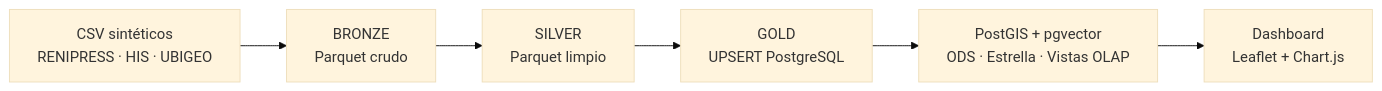
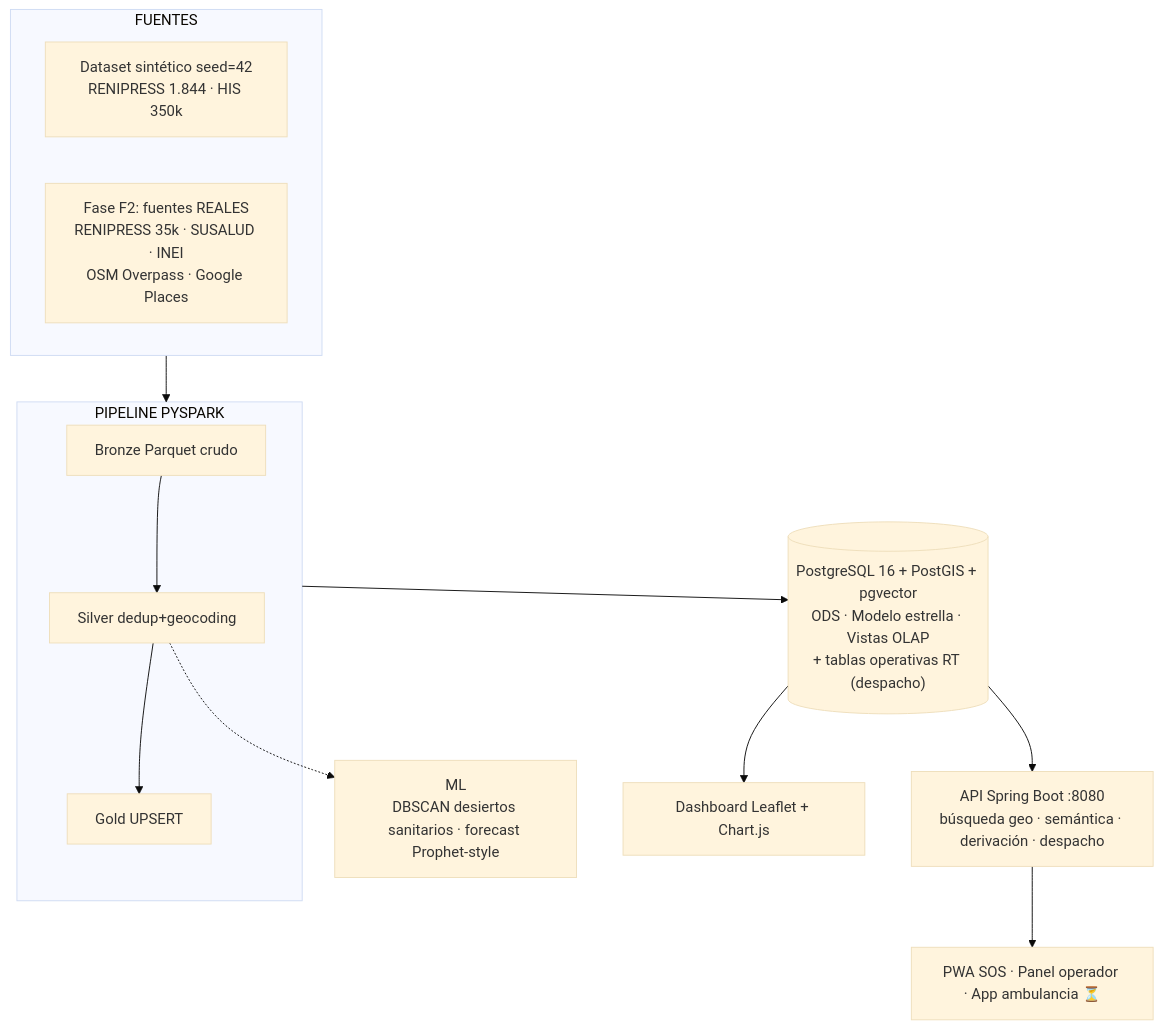
One commit to Lobitoxxx/SaludCerca changed the second of 2 diagrams in README.md. Above: the diagram before and after it, drawn with Mermaid (base theme). The commit also changed other lines of this file and 26 other files, not shown here.

````diff
--- a/README.md
+++ b/README.md
@@ -10,8 +34,21 @@
 ```mermaid
-flowchart LR
-    FUENTES["CSV sintéticos<br/>RENIPRESS · HIS · UBIGEO"] --> BRONZE["BRONZE<br/>Parquet crudo"]
-    BRONZE --> SILVER["SILVER<br/>Parquet limpio"]
-    SILVER --> GOLD["GOLD<br/>UPSERT PostgreSQL"]
-    GOLD --> PG["PostGIS + pgvector<br/>ODS · Estrella · Vistas OLAP"]
-    PG --> DASH["Dashboard<br/>Leaflet + Chart.js"]
+flowchart TB
+    subgraph FUENTES["FUENTES"]
+        direction LR
+        SIN["Dataset sintético seed=42<br/>RENIPRESS 1.844 · HIS 350k"]
+        REAL["Fase F2: fuentes REALES<br/>RENIPRESS 35k · SUSALUD · INEI<br/>OSM Overpass · Google Places"]
+    end
+    subgraph MEDALLON["PIPELINE PYSPARK"]
+        B[Bronze Parquet crudo] --> S[Silver dedup+geocoding] --> G[Gold UPSERT]
+    end
+    PG[("PostgreSQL 16 + PostGIS + pgvector<br/>ODS · Modelo estrella · Vistas OLAP<br/>+ tablas operativas RT (despacho)")]
+    API["API Spring Boot :8080<br/>búsqueda geo · semántica · derivación · despacho"]
+    ML["ML<br/>DBSCAN desiertos sanitarios · forecast Prophet-style"]
+    DASH["Dashboard Leaflet + Chart.js"]
+    PWA["PWA SOS · Panel operador · App ambulancia ⏳"]
+
+    FUENTES --> MEDALLON --> PG
+    S -.-> ML
+    PG --> API --> PWA
+    PG --> DASH
 ```
````
